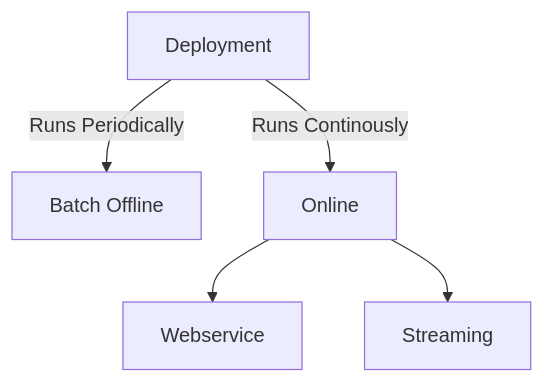
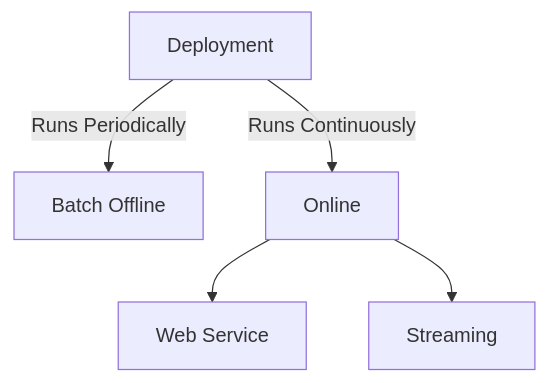
The first of 4 diagrams in week04/README.md (mossdet/mlops-dlp), drawn with Mermaid before and after one commit. The commit also changed other lines of this file, not shown here.

````diff
--- a/week04/README.md
+++ b/week04/README.md
@@ -22,7 +27,7 @@
 ```mermaid
 graph TD
-    Deployment[Deployment]--> |Runs Periodically| Batch[Batch Offline]
-    Deployment--> |Runs Continously| Online[Online]
-    Online-->WebService[Webservice]
-    Online-->Streaming[Streaming]
+    Deployment[Deployment] --> |Runs Periodically| Batch[Batch Offline]
+    Deployment --> |Runs Continuously| Online[Online]
+    Online --> WebService[Web Service]
+    Online --> Streaming[Streaming]
 ```
````
